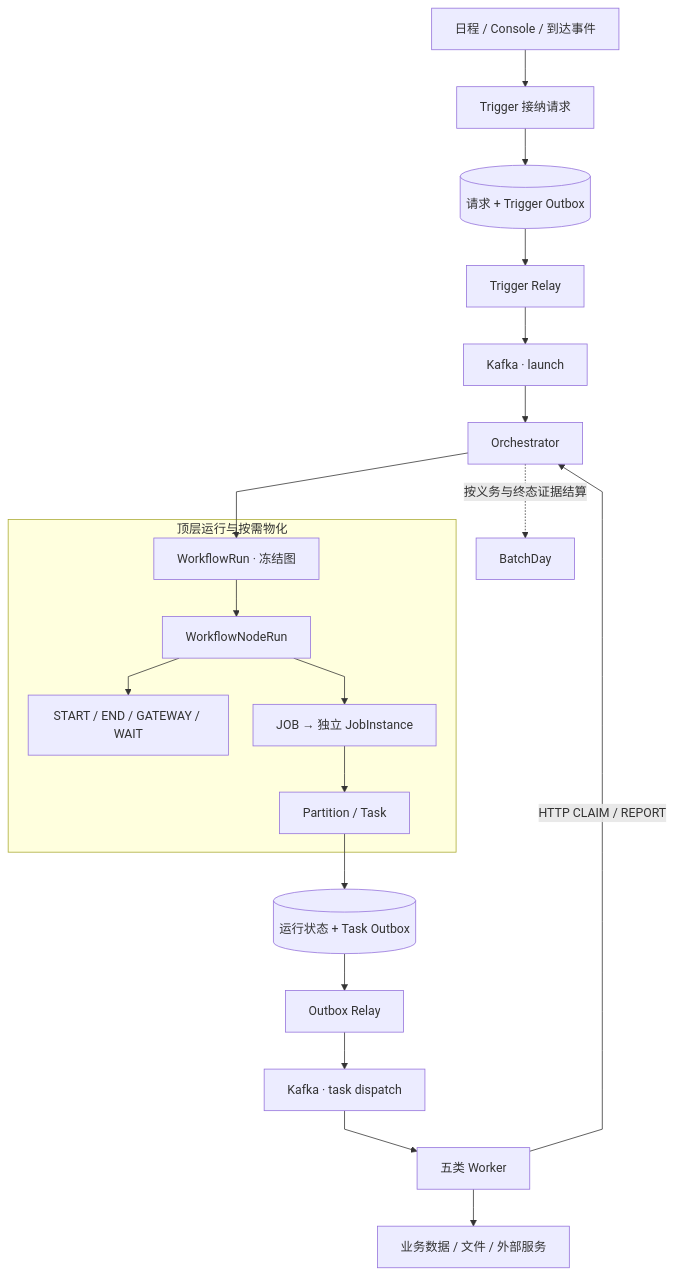
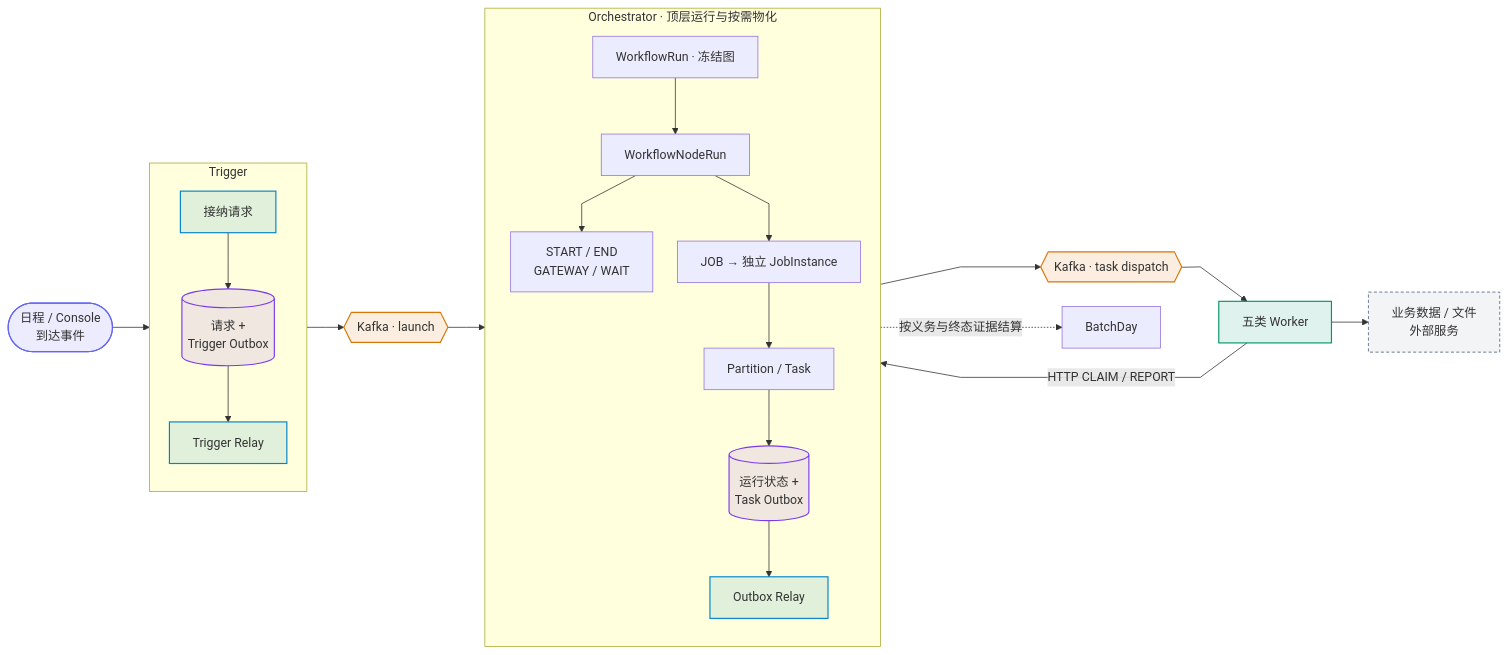
The first of 25 diagrams in docs/architecture/system-flow-overview.md (pinpols/file-batch-system), drawn with Mermaid before and after one commit. The commit also changed other lines of this file and 9 other files, not shown here.

First line of the commit message:
docs(architecture): unify styling of the navigation architecture diagrams (#1365)

````diff
--- a/docs/architecture/system-flow-overview.md
+++ b/docs/architecture/system-flow-overview.md
@@ -12,20 +12,50 @@
 ```mermaid
 %%{init: {"flowchart":{"curve":"linear","nodeSpacing":32,"rankSpacing":48},"sequence":{"mirrorActors":false}}}%%
-flowchart TB
-  E["日程 / Console / 到达事件"] --> T["Trigger 接纳请求"]
-  T --> TO[("请求 + Trigger Outbox")]
-  TO --> TR["Trigger Relay"] --> K1["Kafka · launch"]
-  K1 --> O["Orchestrator"]
-  subgraph R["顶层运行与按需物化"]
-    WR["WorkflowRun · 冻结图"] --> NR["WorkflowNodeRun"]
-    NR --> C["START / END / GATEWAY / WAIT"]
-    NR --> J["JOB → 独立 JobInstance"] --> PT["Partition / Task"]
+flowchart LR
+
+  E(["日程 / Console<br/>到达事件"]):::entry
+  subgraph TRG["Trigger"]
+    direction TB
+    T["接纳请求"]:::control
+    TO[("请求 +<br/>Trigger Outbox")]:::store
+    TR["Trigger Relay"]:::control
+    T --> TO
+    TO --> TR
   end
-  O --> WR
-  PT --> TX[("运行状态 + Task Outbox")]
-  TX --> OR["Outbox Relay"] --> K2["Kafka · task dispatch"]
-  K2 --> W["五类 Worker"]
-  W -->|"HTTP CLAIM / REPORT"| O
-  W --> B["业务数据 / 文件 / 外部服务"]
-  O -. "按义务与终态证据结算" .-> BD["BatchDay"]
+  K1{{"Kafka · launch"}}:::mq
+  subgraph ORC["Orchestrator · 顶层运行与按需物化"]
+    direction TB
+    WR["WorkflowRun · 冻结图"]
+    NR["WorkflowNodeRun"]
+    C["START / END<br/>GATEWAY / WAIT"]
+    J["JOB → 独立 JobInstance"]
+    PT["Partition / Task"]
+    TX[("运行状态 +<br/>Task Outbox")]:::store
+    OR["Outbox Relay"]:::control
+    WR --> NR
+    NR --> C
+    NR --> J
+    J --> PT
+    PT --> TX
+    TX --> OR
+  end
+  K2{{"Kafka · task dispatch"}}:::mq
+  W["五类 Worker"]:::worker
+  B["业务数据 / 文件<br/>外部服务"]:::ext
+  BD["BatchDay"]
+  E --> TRG
+  TRG --> K1
+  K1 --> ORC
+  ORC --> K2
+  K2 --> W
+  W -->|"HTTP CLAIM / REPORT"| ORC
+  W --> B
+  ORC -. "按义务与终态证据结算" .-> BD
+  classDef entry fill:#6366f11f,stroke:#6366f1,stroke-width:1.5px
+  classDef control fill:#0284c71f,stroke:#0284c7,stroke-width:1.5px
+  classDef mq fill:#d977061f,stroke:#d97706,stroke-width:1.5px
+  classDef worker fill:#0596691f,stroke:#059669,stroke-width:1.5px
+  classDef store fill:#7c3aed1f,stroke:#7c3aed,stroke-width:1.5px
+  classDef ext fill:#64748b14,stroke:#64748b,stroke-width:1.2px,stroke-dasharray:4 3
+  classDef lib fill:#64748b14,stroke:#64748b,stroke-width:1.2px
 ```
````
